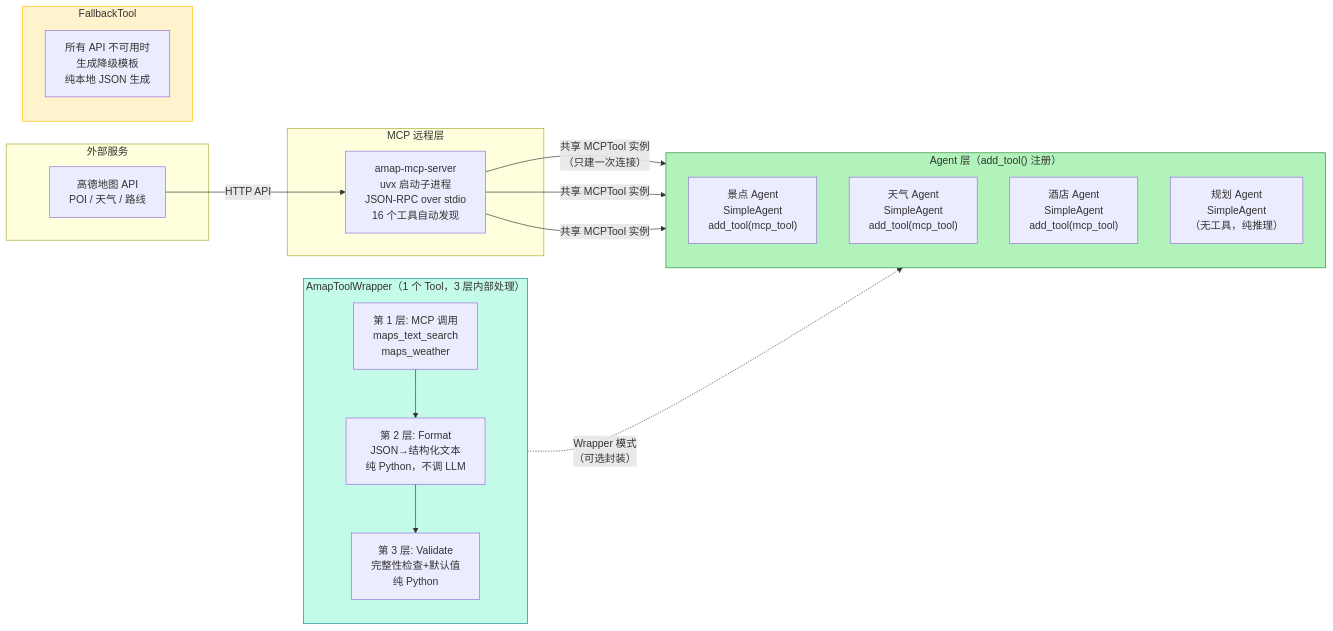
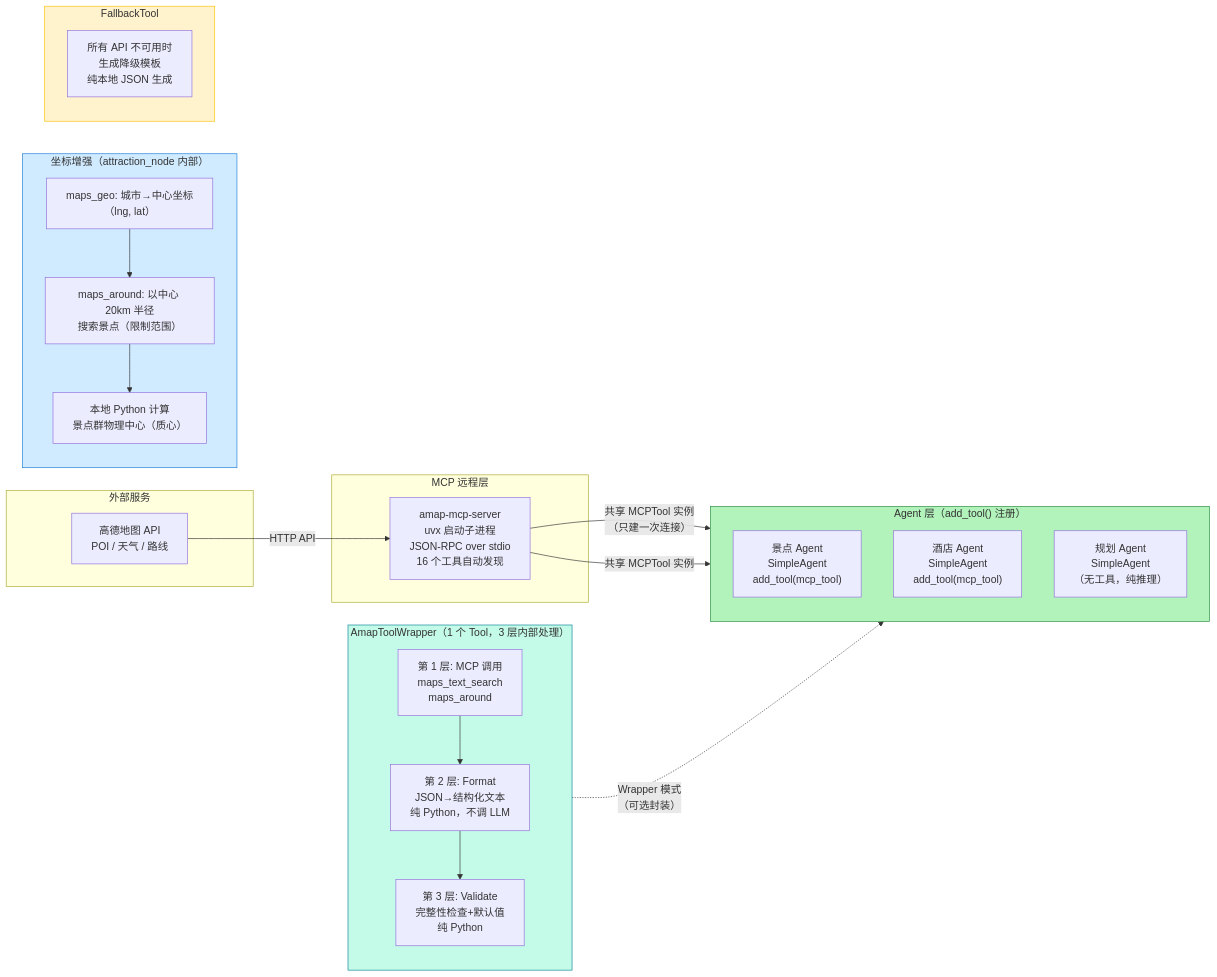
The fourth of 7 diagrams in ARCHITECTURE.md (SuperGODOG/tripplanner), drawn with Mermaid before and after one commit. The commit also changed other lines of this file and 1 other file, not shown here.

````diff
--- a/ARCHITECTURE.md
+++ b/ARCHITECTURE.md
@@ -156,40 +154,47 @@
 ```mermaid
 flowchart LR
     subgraph External["外部服务"]
         AMAP["高德地图 API<br/>POI / 天气 / 路线"]
     end
 
     subgraph MCPLayer["MCP 远程层"]
         MCPSRV["amap-mcp-server<br/>uvx 启动子进程<br/>JSON-RPC over stdio<br/>16 个工具自动发现"]
     end
 
+    subgraph GeoEnhance["坐标增强（attraction_node 内部）"]
+        direction TB
+        GEO1["maps_geo: 城市→中心坐标<br/>（lng, lat）"]
+        GEO2["maps_around: 以中心 20km 半径<br/>搜索景点（限制范围）"]
+        GEO3["本地 Python 计算<br/>景点群物理中心（质心）"]
+        GEO1 --> GEO2 --> GEO3
+    end
+
     subgraph WrapperLayer["AmapToolWrapper（1 个 Tool，3 层内部处理）"]
         direction TB
-        L1["第 1 层: MCP 调用<br/>maps_text_search<br/>maps_weather"]
+        L1["第 1 层: MCP 调用<br/>maps_text_search<br/>maps_around"]
         L2["第 2 层: Format<br/>JSON→结构化文本<br/>纯 Python，不调 LLM"]
         L3["第 3 层: Validate<br/>完整性检查+默认值<br/>纯 Python"]
         L1 --> L2 --> L3
     end
 
     subgraph FallbackLayer["FallbackTool"]
         FB["所有 API 不可用时<br/>生成降级模板<br/>纯本地 JSON 生成"]
     end
 
     subgraph AgentLayer["Agent 层（add_tool() 注册）"]
         direction TB
         A1["景点 Agent<br/>SimpleAgent<br/>add_tool(mcp_tool)"]
-        A2["天气 Agent<br/>SimpleAgent<br/>add_tool(mcp_tool)"]
         A3["酒店 Agent<br/>SimpleAgent<br/>add_tool(mcp_tool)"]
         A4["规划 Agent<br/>SimpleAgent<br/>（无工具，纯推理）"]
     end
 
     AMAP -->|"HTTP API"| MCPSRV
     MCPSRV -->|"共享 MCPTool 实例<br/>（只建一次连接）"| A1
-    MCPSRV -->|"共享 MCPTool 实例"| A2
     MCPSRV -->|"共享 MCPTool 实例"| A3
     L3 -.->|"Wrapper 模式<br/>（可选封装）"| A1
 
+    style GeoEnhance fill:#d0ebff,stroke:#1c7ed6
     style WrapperLayer fill:#c3fae8,stroke:#0c8599
     style FallbackLayer fill:#fff3cd,stroke:#ffc107
     style AgentLayer fill:#b2f2bb,stroke:#2b8a3e
 ```
````
